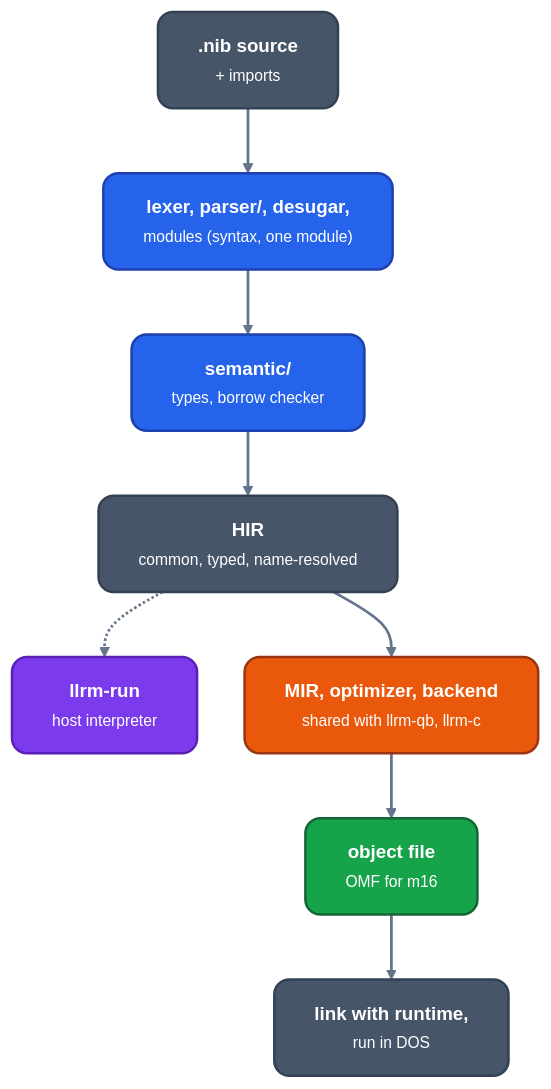
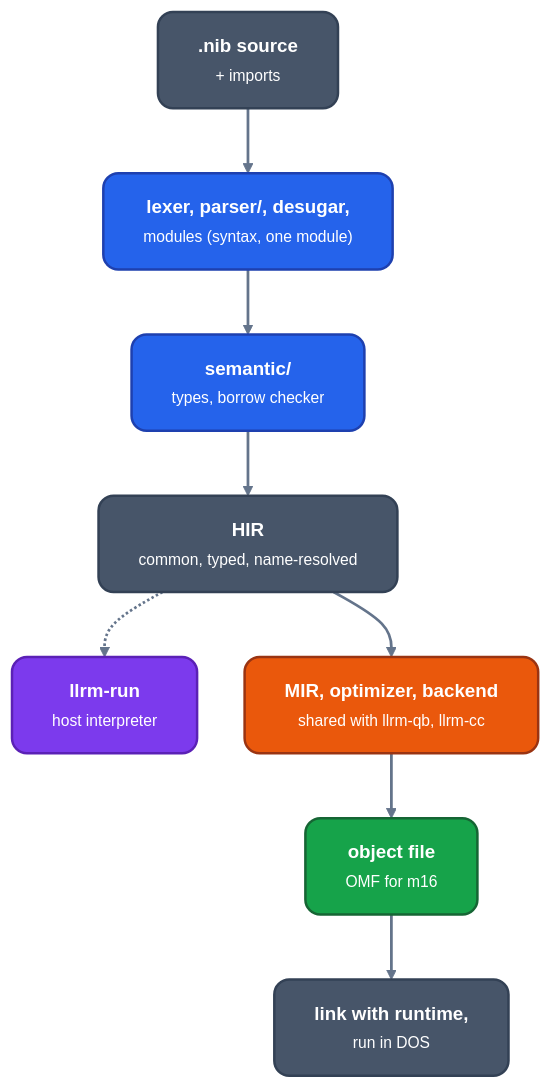
The diagram in docs/frontends/nib/readme.md (ali-mosavian/llrm), drawn with Mermaid before and after one commit. The commit also changed other lines of this file and 411 other files, not shown here.

````diff
--- a/docs/frontends/nib/readme.md
+++ b/docs/frontends/nib/readme.md
@@ -25,25 +25,25 @@
 ```mermaid
 %%{init: {'theme':'base','themeVariables':{'fontFamily':'Segoe UI, Helvetica Neue, Arial, DejaVu Sans, sans-serif','fontSize':'15px','primaryColor':'#475569','primaryTextColor':'#ffffff','primaryBorderColor':'#334155','lineColor':'#64748b','secondaryColor':'#475569','tertiaryColor':'transparent','clusterBkg':'transparent','clusterBorder':'#64748b','edgeLabelBackground':'#334155','textColor':'#64748b','titleColor':'#64748b'},'flowchart':{'curve':'basis','nodeSpacing':38,'rankSpacing':52,'padding':16,'wrappingWidth':360,'htmlLabels':true,'useMaxWidth':true}}}%%
 flowchart TB
   classDef src fill:#2563eb,stroke:#1e40af,stroke-width:2px,color:#ffffff,rx:12px,ry:12px
   classDef mid fill:#475569,stroke:#334155,stroke-width:2px,color:#ffffff,rx:12px,ry:12px
   classDef opt fill:#ea580c,stroke:#9a3412,stroke-width:2px,color:#ffffff,rx:12px,ry:12px
   classDef out fill:#16a34a,stroke:#166534,stroke-width:2px,color:#ffffff,rx:12px,ry:12px
   classDef data fill:#7c3aed,stroke:#5b21b6,stroke-width:2px,color:#ffffff,rx:12px,ry:12px
   linkStyle default stroke:#64748b,stroke-width:2.2px
   src["<b>.nib source</b><br/><small>+ imports</small>"]:::mid
   syn["<b>lexer, parser/, desugar,</b><br/><small>modules (syntax, one module)</small>"]:::src
   sem["<b>semantic/</b><br/><small>types, borrow checker</small>"]:::src
   hir["<b>HIR</b><br/><small>common, typed, name-resolved</small>"]:::mid
   run["<b>llrm-run</b><br/><small>host interpreter</small>"]:::data
-  mir["<b>MIR, optimizer, backend</b><br/><small>shared with llrm-qb, llrm-c</small>"]:::opt
+  mir["<b>MIR, optimizer, backend</b><br/><small>shared with llrm-qb, llrm-cc</small>"]:::opt
   obj["<b>object file</b><br/><small>OMF for m16</small>"]:::out
   dos["<b>link with runtime,</b><br/><small>run in DOS</small>"]:::mid
   src --> syn
   syn --> sem
   sem --> hir
   hir --> mir
   hir -.-> run
   mir --> obj
   obj --> dos
 ```
````
